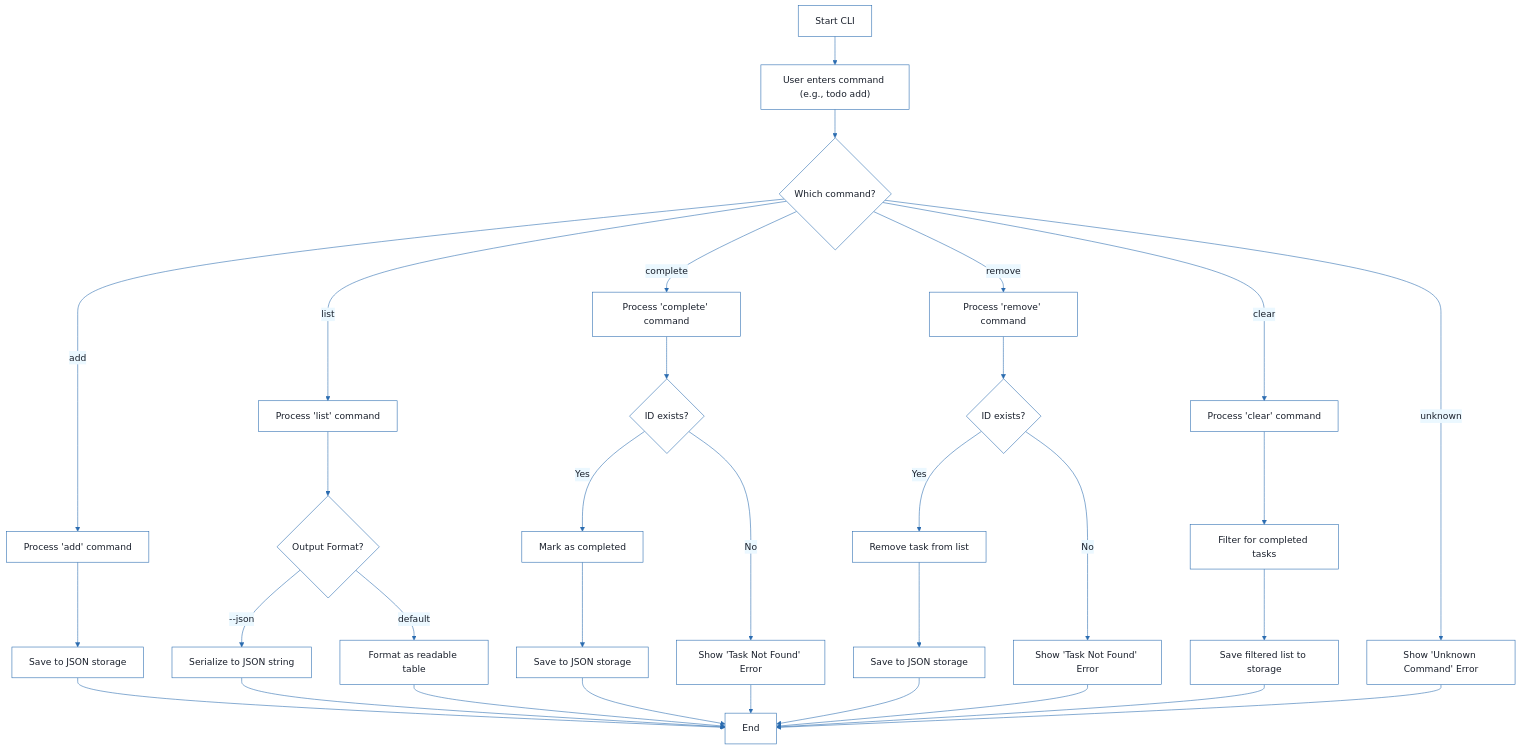
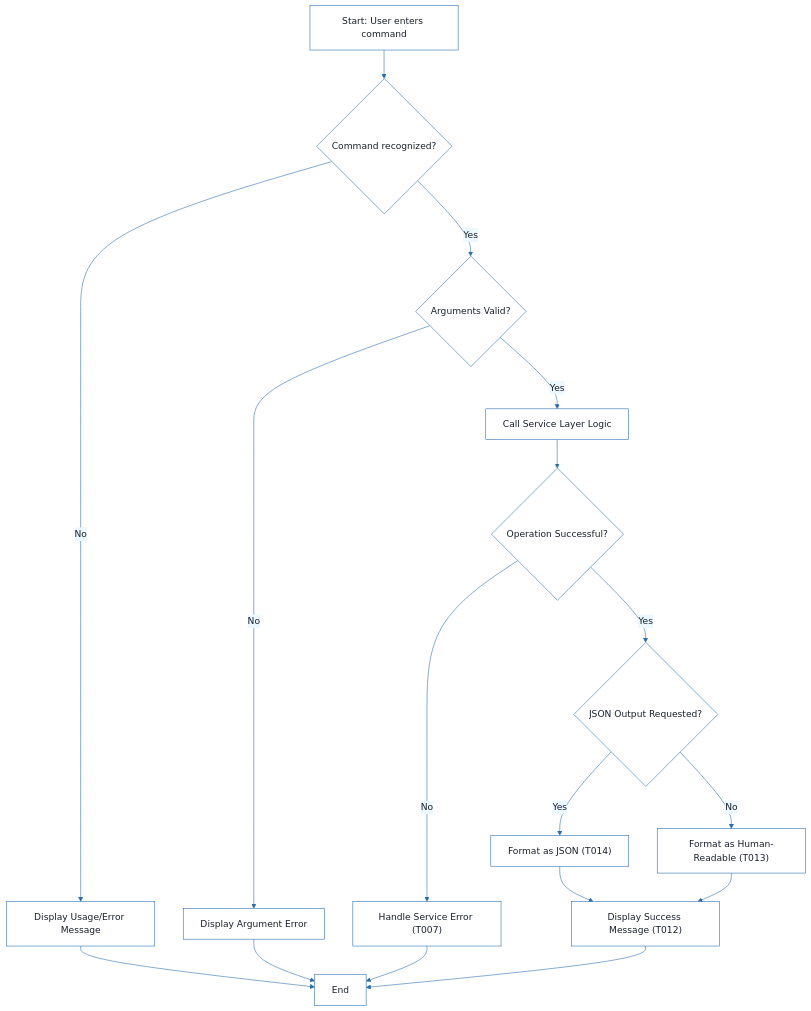
Before and after one commit to abir-ommezzine/extension-github-spec-kit: the fifth of 7 diagrams in outputs/001-cli-todo-manager/markdowns/tasks_v2.0_doc.md, drawn with Mermaid. The commit also changed other lines of this file and 76 other files, not shown here.

````diff
--- a/outputs/001-cli-todo-manager/markdowns/tasks_v2.0_doc.md
+++ b/outputs/001-cli-todo-manager/markdowns/tasks_v2.0_doc.md
@@ -496,77 +475,62 @@
 ```mermaid
 %%{init: {
   'theme': 'base',
   'themeVariables': {
     'primaryColor': '#1A365D',
     'primaryTextColor': '#1A202C',
     'primaryBorderColor': '#2B6CB0',
     'lineColor': '#2B6CB0',
     'secondaryColor': '#EBF8FF',
     'tertiaryColor': '#EBF8FF',
     'background': '#FFFFFF',
     'mainBkg': '#FFFFFF',
     'secondBkg': '#EBF8FF',
     'tertiaryBkg': '#F7FAFC',
     'secondaryTextColor': '#4A5568',
     'fontSize': '16px',
     'fontFamily': 'Inter, system-ui, sans-serif',
     'nodePadding': '15px',
     'borderRadius': '8px',
     'edgeLabelBackground': '#EBF8FF',
     'clusterBkg': '#F7FAFC',
     'clusterBorder': '#2B6CB0',
     'defaultLinkColor': '#2B6CB0',
     'titleColor': '#1A365D',
     'actorBorder': '#2B6CB0',
     'actorBkg': '#EBF8FF',
     'actorTextColor': '#1A365D',
     'actorLineColor': '#2B6CB0',
     'signalColor': '#2B6CB0',
     'signalTextColor': '#1A202C',
     'labelBoxBorderColor': '#2B6CB0',
     'labelBoxBkgColor': '#EBF8FF',
     'labelTextColor': '#1A202C',
     'loopTextColor': '#1A202C',
     'arrowHeadColor': '#2B6CB0',
     'sequenceNumberColor': '#1A365D',
     'sequenceActorBorder': '#2B6CB0',
     'sequenceActorBkg': '#EBF8FF',
     'sequenceArrowColor': '#2B6CB0',
     'noteBkgColor': '#FFF5EB',
     'noteBorderColor': '#DD6B20',
     'noteTextColor': '#1A202C'
   }
 }}%%
 flowchart TD
-    START["Start CLI"] --> INPUT["User enters command (e.g., todo add)"]
-    INPUT --> DISPATCH{"Which command?"}
-    DISPATCH -->|"add"| ADD_FLOW["Process 'add' command"]
-    DISPATCH -->|"list"| LIST_FLOW["Process 'list' command"]
-    DISPATCH -->|"complete"| COMP_FLOW["Process 'complete' command"]
-    DISPATCH -->|"remove"| REM_FLOW["Process 'remove' command"]
-    DISPATCH -->|"clear"| CLR_FLOW["Process 'clear' command"]
-    DISPATCH -->|"unknown"| ERR_UNK["Show 'Unknown Command' Error"]
-    ADD_FLOW --> SAVE_ADD["Save to JSON storage"]
-    SAVE_ADD --> END["End"]
-    LIST_FLOW --> FMT_DEC{"Output Format?"}
-    FMT_DEC -->|"--json"| JSON_OUT["Serialize to JSON string"]
-    FMT_DEC -->|"default"| HUMAN_OUT["Format as readable table"]
-    JSON_OUT --> END
-    HUMAN_OUT --> END
-    COMP_FLOW --> ID_VAL{"ID exists?"}
-    ID_VAL -->|"Yes"| UPDATE_TASK["Mark as completed"]
-    ID_VAL -->|"No"| ERR_NF["Show 'Task Not Found' Error"]
-    UPDATE_TASK --> SAVE_COMP["Save to JSON storage"]
-    SAVE_COMP --> END
-    ERR_NF --> END
-    REM_FLOW --> ID_VAL_REM{"ID exists?"}
-    ID_VAL_REM -->|"Yes"| DEL_TASK["Remove task from list"]
-    ID_VAL_REM -->|"No"| ERR_NF_REM["Show 'Task Not Found' Error"]
-    DEL_TASK --> SAVE_REM["Save to JSON storage"]
-    SAVE_REM --> END
-    ERR_NF_REM --> END
-    CLR_FLOW --> FILTER_COMP["Filter for completed tasks"]
-    FILTER_COMP --> SAVE_CLR["Save filtered list to storage"]
-    SAVE_CLR --> END
-    ERR_UNK --> END
+    START["Start: User enters command"] --> CMD_PARSE{"Command recognized?"}
+    CMD_PARSE -- "No" --> ERR_CMD["Display Usage/Error Message"]
+    ERR_CMD --> END["End"]
+    CMD_PARSE -- "Yes" --> ARG_VAL{"Arguments Valid?"}
+    ARG_VAL -- "No" --> ERR_ARG["Display Argument Error"]
+    ERR_ARG --> END
+    ARG_VAL -- "Yes" --> SVC_CALL["Call Service Layer Logic"]
+    SVC_CALL --> DATA_OP{"Operation Successful?"}
+    DATA_OP -- "No" --> ERR_SVC["Handle Service Error (T007)"]
+    ERR_SVC --> END
+    DATA_OP -- "Yes" --> FMT_DEC{"JSON Output Requested?"}
+    FMT_DEC -- "Yes" --> FMT_JSON["Format as JSON (T014)"]
+    FMT_DEC -- "No" --> FMT_HUMAN["Format as Human-Readable (T013)"]
+    FMT_JSON --> SUCCESS_MSG["Display Success Message (T012)"]
+    FMT_HUMAN --> SUCCESS_MSG
+    SUCCESS_MSG --> END
 ```
````
